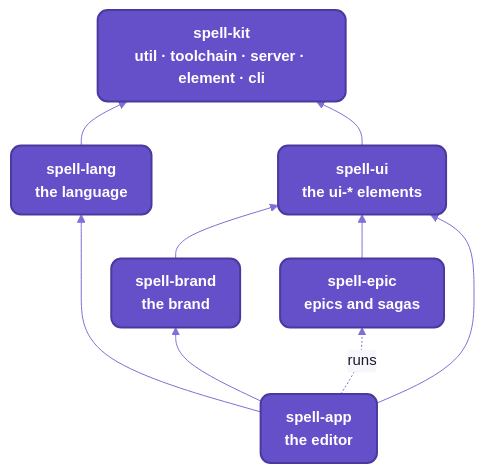
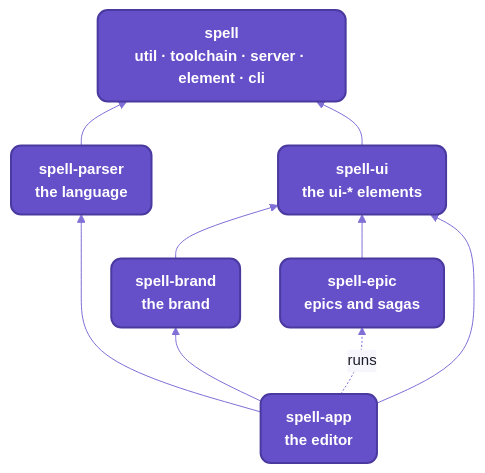
One commit to spell-app/spell changed the second of 2 diagrams in docs/drafts/novice-guide.md. Above: the diagram before and after it, drawn with Mermaid. The commit also changed other lines of this file and 225 other files, not shown here.

````diff
--- a/docs/drafts/novice-guide.md
+++ b/docs/drafts/novice-guide.md
@@ -448,17 +448,17 @@
 ```mermaid
 %%{init: {"theme":"base","themeVariables":{"fontFamily":"-apple-system, BlinkMacSystemFont, Segoe UI, Helvetica, Arial, sans-serif","fontSize":"15px","primaryColor":"#EFECFB","primaryBorderColor":"#6550CA","primaryTextColor":"#1A1C27","secondaryColor":"#F4F1E9","tertiaryColor":"#F7F6FC","lineColor":"#7F6FD6","textColor":"#7F6FD6","clusterBkg":"#F7F6FC","clusterBorder":"#B9B0E8","titleColor":"#1A1C27","edgeLabelBackground":"#F7F6FC","actorBkg":"#EFECFB","actorBorder":"#6550CA","actorTextColor":"#1A1C27","actorLineColor":"#9C90DE","signalColor":"#7F6FD6","signalTextColor":"#7F6FD6","labelBoxBkgColor":"#EFECFB","labelBoxBorderColor":"#6550CA","labelTextColor":"#1A1C27","loopTextColor":"#7F6FD6","noteBkgColor":"#F1E7D4","noteBorderColor":"#C9B48A","noteTextColor":"#1A1C27","activationBkgColor":"#DCD6F7","activationBorderColor":"#6550CA","sequenceNumberColor":"#FFFFFF"},"flowchart":{"curve":"basis","padding":12,"nodeSpacing":40,"rankSpacing":44}}}%%
 flowchart BT
-  kit["spell-kit<br/>util · toolchain · server · element · cli"]
-  lang["spell-lang<br/>the language"] --> kit
+  kit["spell<br/>util · toolchain · server · element · cli"]
+  lang["spell-parser<br/>the language"] --> kit
   ui["spell-ui<br/>the ui-* elements"] --> kit
   brand["spell-brand<br/>the brand"] --> ui
   epic["spell-epic<br/>epics and sagas"] --> ui
   app["spell-app<br/>the editor"] --> lang
   app --> brand
   app --> ui
   app -. runs .-> epic
   %% the Spell look:  yarn mermaid:pretty
   classDef default fill:#EFECFB,stroke:#6550CA,stroke-width:1.5px,color:#1A1C27,rx:8px,ry:8px
   classDef repo fill:#6550CA,stroke:#4A3AA0,stroke-width:2px,color:#FFFFFF,rx:10px,ry:10px,font-weight:600
   class kit,lang,ui,brand,epic,app repo
 ```
````
